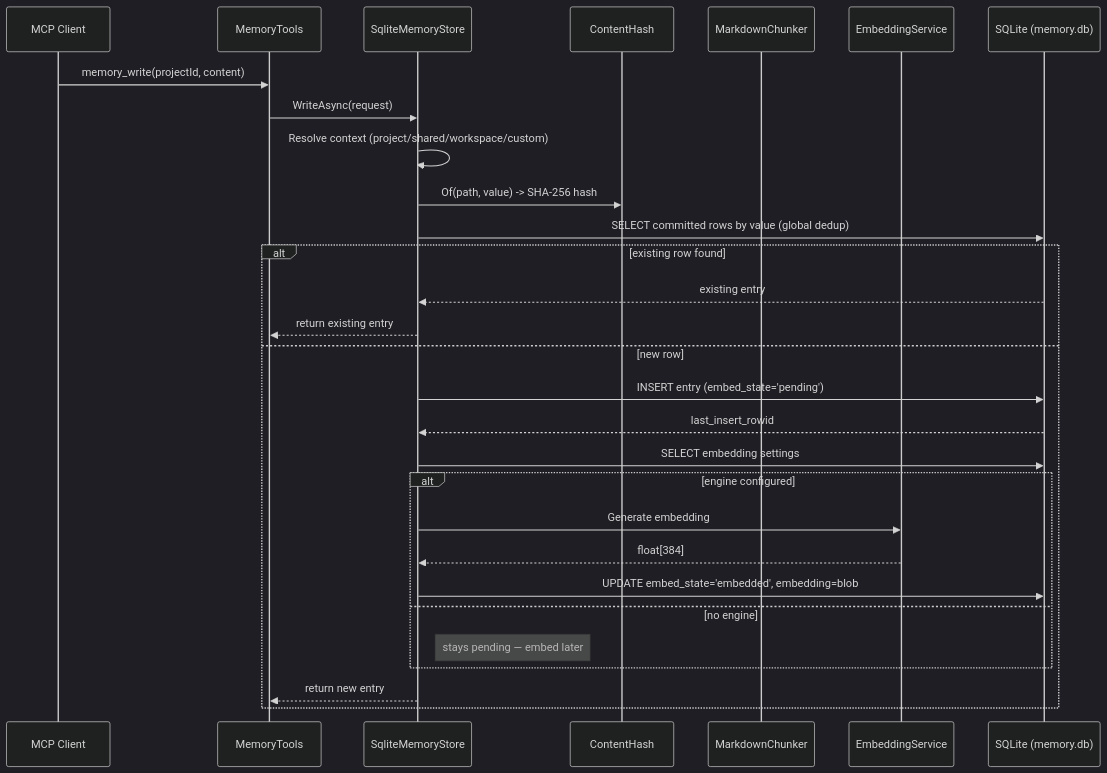
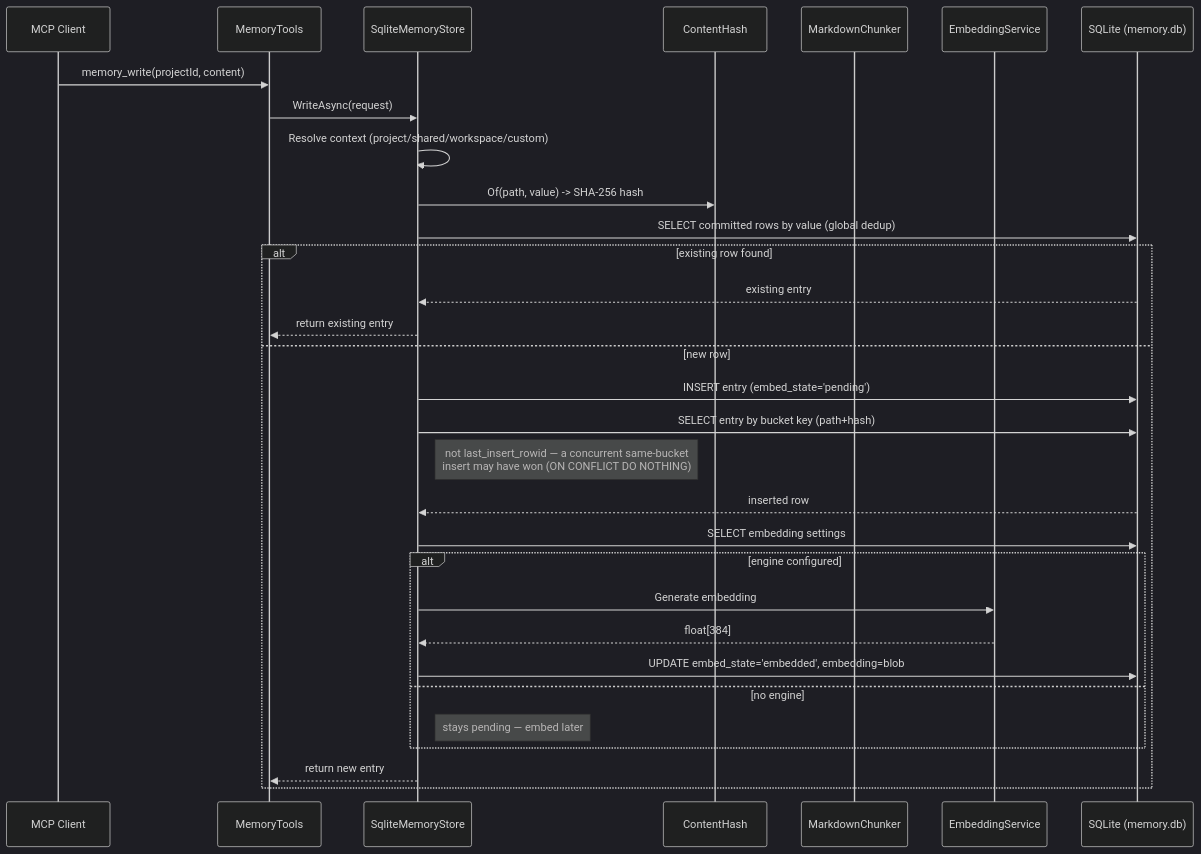
One commit to Arasz/ai-raccoon changed the second of 6 diagrams in docs/explanation/architecture.md. Above: the diagram before and after it, drawn with Mermaid (dark theme). The commit also changed other lines of this file, not shown here.

First line of the commit message:
docs(architecture): bring the six architecture diagrams up to the current code shape

````diff
--- a/docs/explanation/architecture.md
+++ b/docs/explanation/architecture.md
@@ -126,32 +130,34 @@
 ```mermaid
 sequenceDiagram
     participant C as MCP Client
     participant M as MemoryTools
     participant S as SqliteMemoryStore
     participant H as ContentHash
     participant K as MarkdownChunker
     participant E as EmbeddingService
     participant D as SQLite (memory.db)
 
     C->>M: memory_write(projectId, content)
     M->>S: WriteAsync(request)
     S->>S: Resolve context (project/shared/workspace/custom)
     S->>H: Of(path, value) -> SHA-256 hash
     S->>D: SELECT committed rows by value (global dedup)
     alt existing row found
         D-->>S: existing entry
         S-->>M: return existing entry
     else new row
         S->>D: INSERT entry (embed_state='pending')
-        D-->>S: last_insert_rowid
+        S->>D: SELECT entry by bucket key (path+hash)
+        Note right of S: not last_insert_rowid — a concurrent same-bucket<br/>insert may have won (ON CONFLICT DO NOTHING)
+        D-->>S: inserted row
         S->>D: SELECT embedding settings
         alt engine configured
             S->>E: Generate embedding
             E-->>S: float[384]
             S->>D: UPDATE embed_state='embedded', embedding=blob
         else no engine
             Note right of S: stays pending — embed later
         end
         S-->>M: return new entry
     end
 ```
````
